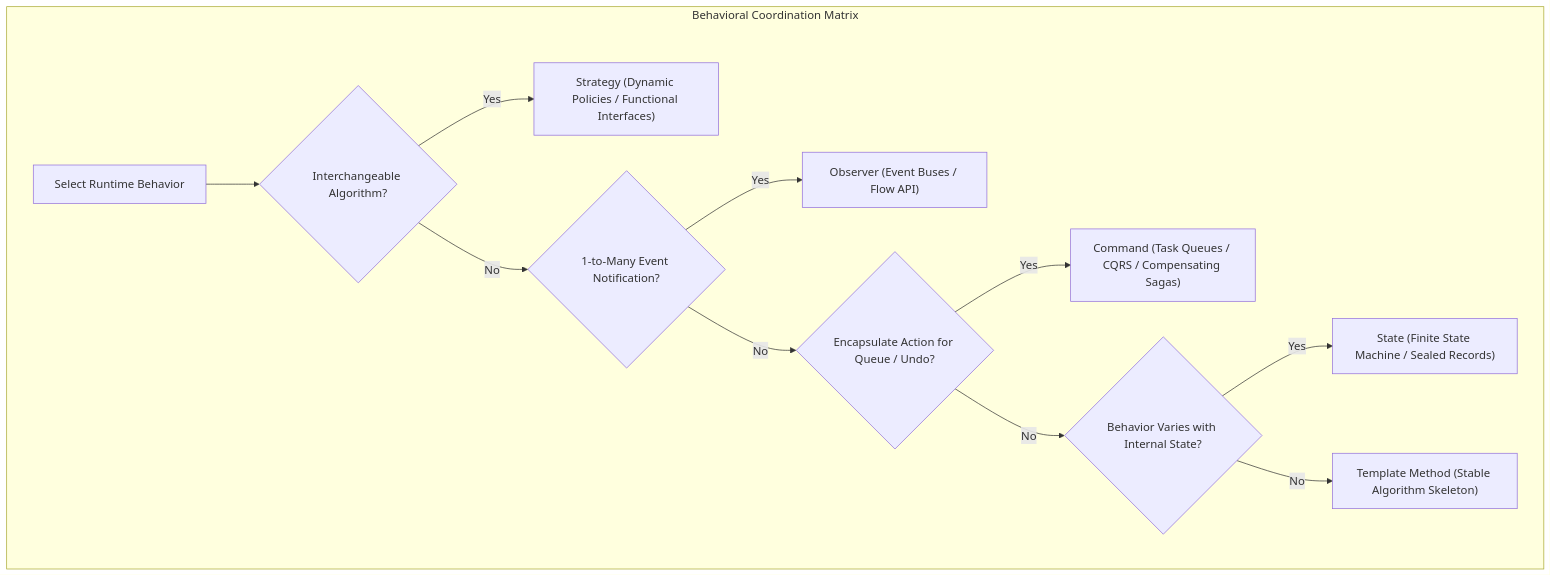
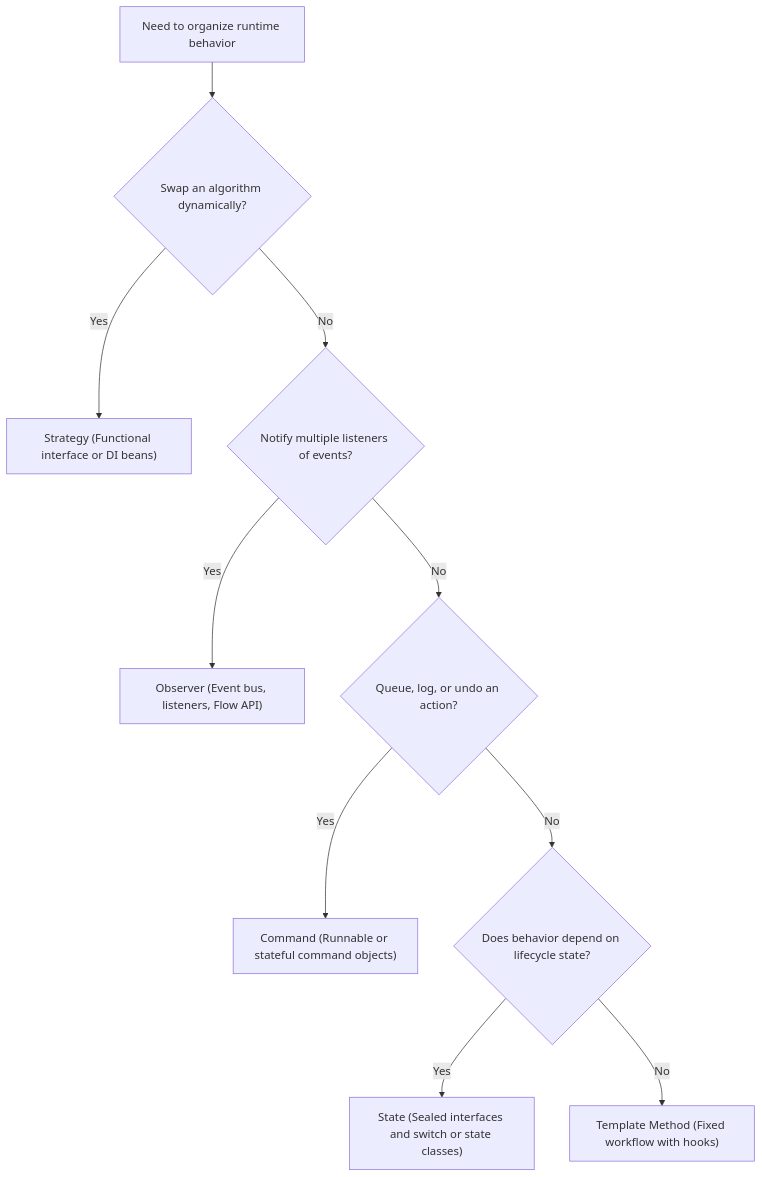
The first of 5 diagrams in content/roadmap/level-6/behavioral-patterns.md (ravishankar2463/java_hub), drawn with Mermaid before and after one commit. The commit also changed other lines of this file and 119 other files, not shown here.

Commit message:
feat: add comprehensive java learning roadmap content across multiple levels

````diff
--- a/content/roadmap/level-6/behavioral-patterns.md
+++ b/content/roadmap/level-6/behavioral-patterns.md
@@ -17,18 +14,16 @@
 ```mermaid
 flowchart TD
-    subgraph "Behavioral Coordination Matrix"
-        Req["Select Runtime Behavior"] --> Q1{"Interchangeable Algorithm?"}
-        
-        Q1 -->|"Yes"| S["Strategy (Dynamic Policies / Functional Interfaces)"]
-        Q1 -->|"No"| Q2{"1-to-Many Event Notification?"}
-        
-        Q2 -->|"Yes"| O["Observer (Event Buses / Flow API)"]
-        Q2 -->|"No"| Q3{"Encapsulate Action for Queue / Undo?"}
-        
-        Q3 -->|"Yes"| C["Command (Task Queues / CQRS / Compensating Sagas)"]
-        Q3 -->|"No"| Q4{"Behavior Varies with Internal State?"}
-        
-        Q4 -->|"Yes"| ST["State (Finite State Machine / Sealed Records)"]
-        Q4 -->|"No"| TM["Template Method (Stable Algorithm Skeleton)"]
-    end
+    Req["Need to organize runtime behavior"] --> Q1{"Swap an algorithm dynamically?"}
+
+    Q1 -->|"Yes"| S["Strategy (Functional interface or DI beans)"]
+    Q1 -->|"No"| Q2{"Notify multiple listeners of events?"}
+
+    Q2 -->|"Yes"| O["Observer (Event bus, listeners, Flow API)"]
+    Q2 -->|"No"| Q3{"Queue, log, or undo an action?"}
+
+    Q3 -->|"Yes"| C["Command (Runnable or stateful command objects)"]
+    Q3 -->|"No"| Q4{"Does behavior depend on lifecycle state?"}
+
+    Q4 -->|"Yes"| ST["State (Sealed interfaces and switch or state classes)"]
+    Q4 -->|"No"| TM["Template Method (Fixed workflow with hooks)"]
 ```
````
